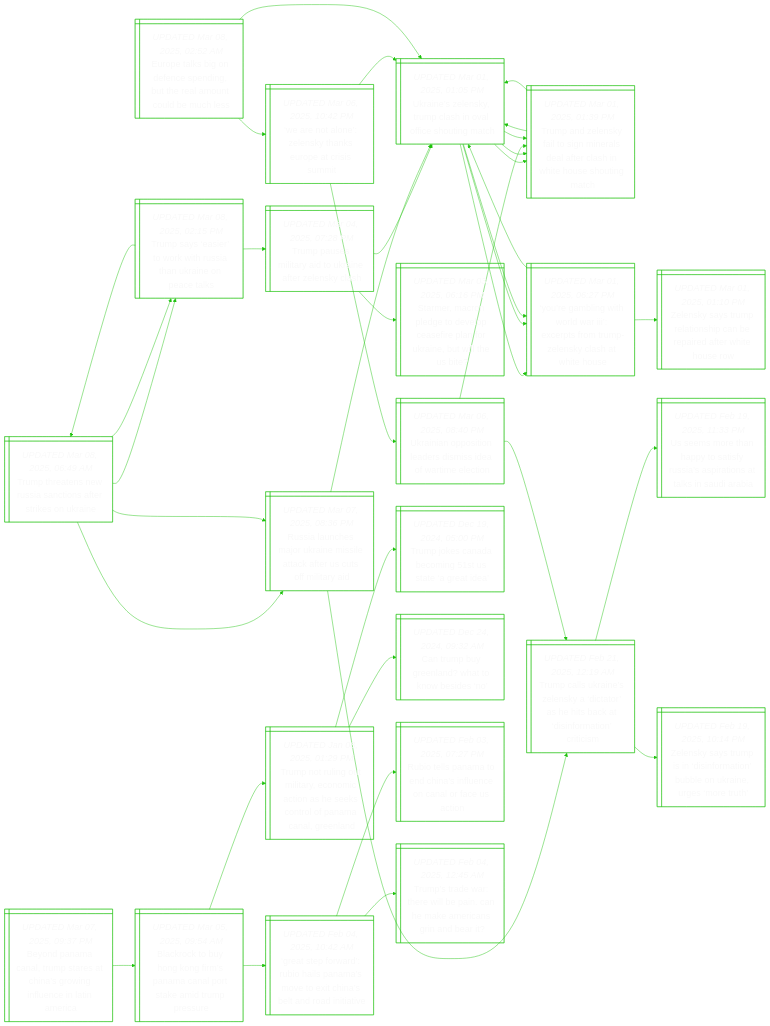
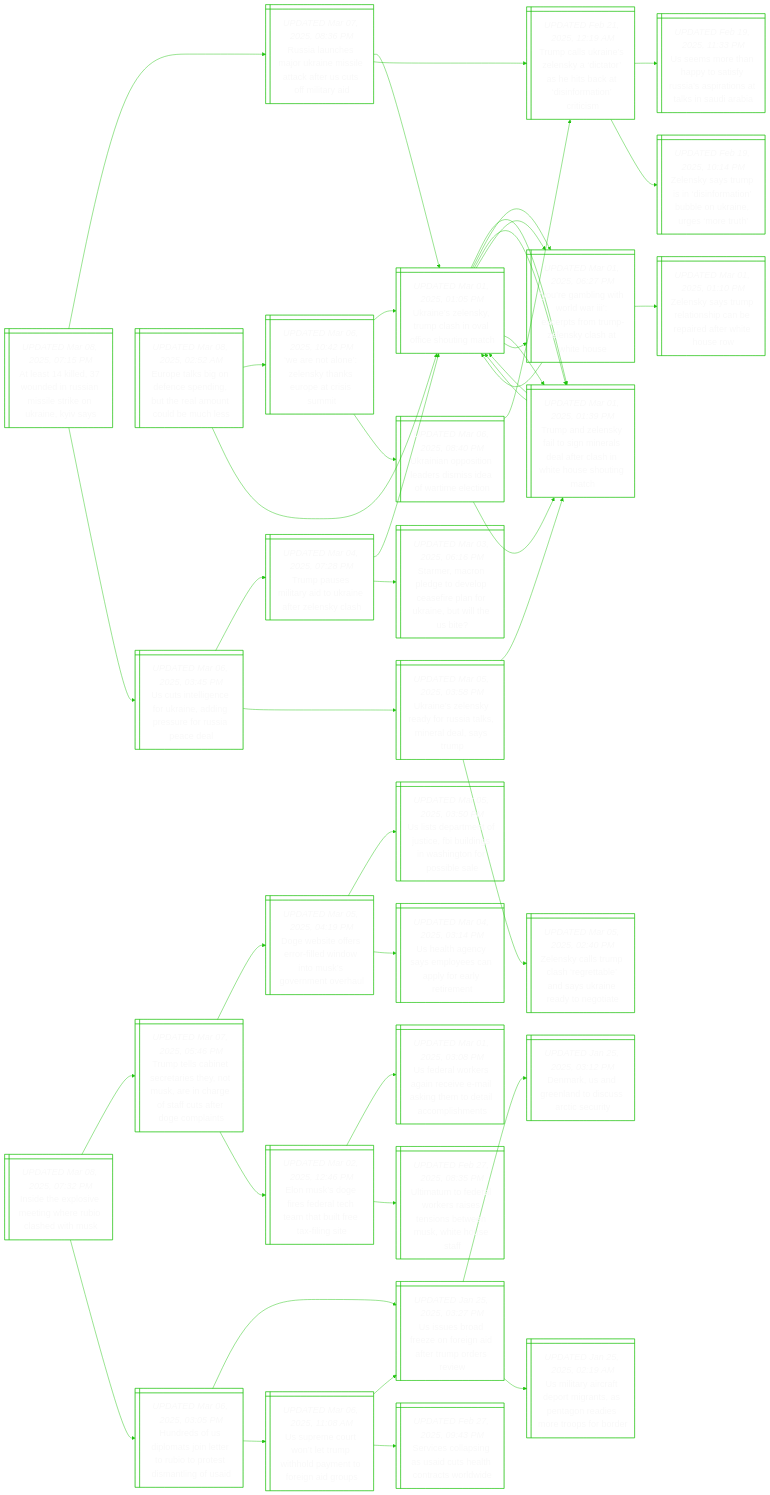
The diagram in README.md (notJmes/notJmes), drawn with Mermaid before and after one commit. The commit also changed other lines of this file, not shown here.

````diff
--- a/README.md
+++ b/README.md
@@ -16,22 +16,8 @@
 flowchart LR
 classDef txtsize font-size:20px;
 
-Tttesnneini@{ shape: win-pane, label: "_UPDATED Mar 08, 2025, 06:49 AM_
-Trump threatens new russia sanctions after strikes on ukraine" }
-TsatkRaUnea@{ shape: win-pane, label: "_UPDATED Mar 08, 2025, 02:15 PM_
-Trump says ‘easier’ to work with russia than ukraine on peace talks" }
-Tpstikernl@{ shape: win-pane, label: "_UPDATED Mar 04, 2025, 07:28 PM_
-Trump pauses military aid to ukraine after zelensky clash" }
-Unlyphaiogh@{ shape: win-pane, label: "_UPDATED Mar 01, 2025, 01:05 PM_
-Ukraine’s zelensky, trump clash in oval office shouting match" }
-Sereolarnkeiet@{ shape: win-pane, label: "_UPDATED Mar 03, 2025, 06:16 PM_
-Starmer, macron pledge to develop ceasefire plan for ukraine, but will the us bite?" }
-Tttesnneini@{ shape: win-pane, label: "_UPDATED Mar 08, 2025, 06:49 AM_
-Trump threatens new russia sanctions after strikes on ukraine" }
-TsatkRaUnea@{ shape: win-pane, label: "_UPDATED Mar 08, 2025, 02:15 PM_
-Trump says ‘easier’ to work with russia than ukraine on peace talks" }
-RacakeitfSoly@{ shape: win-pane, label: "_UPDATED Mar 07, 2025, 08:36 PM_
-Russia launches major ukraine missile attack after us cuts off military aid" }
+Asluisiekkes@{ shape: win-pane, label: "_UPDATED Mar 08, 2025, 07:15 PM_
+At least 14 killed, 37 wounded in russian missile strike on ukraine, kyiv says" }
 RacakeitfSoly@{ shape: win-pane, label: "_UPDATED Mar 07, 2025, 08:36 PM_
 Russia launches major ukraine missile attack after us cuts off military aid" }
 Unlyphaiogh@{ shape: win-pane, label: "_UPDATED Mar 01, 2025, 01:05 PM_
@@ -46,21 +32,35 @@
 Us seems more than happy to satisfy russia’s aspirations at talks in saudi arabia" }
 Zsymnnaberumr@{ shape: win-pane, label: "_UPDATED Feb 19, 2025, 10:14 PM_
 Zelensky says trump is in ‘disinformation’ bubble on ukraine, urges ‘more truth’" }
+UslnridrrRae@{ shape: win-pane, label: "_UPDATED Mar 06, 2025, 03:45 PM_
+Us cuts intelligence for ukraine, adding pressure for russia peace deal" }
+Tpstikernl@{ shape: win-pane, label: "_UPDATED Mar 04, 2025, 07:28 PM_
+Trump pauses military aid to ukraine after zelensky clash" }
+Unlyphaiogh@{ shape: win-pane, label: "_UPDATED Mar 01, 2025, 01:05 PM_
+Ukraine’s zelensky, trump clash in oval office shouting match" }
+Sereolarnkeiet@{ shape: win-pane, label: "_UPDATED Mar 03, 2025, 06:16 PM_
+Starmer, macron pledge to develop ceasefire plan for ukraine, but will the us bite?" }
+UnlyyutmalT@{ shape: win-pane, label: "_UPDATED Mar 05, 2025, 03:58 PM_
+Ukraine’s zelensky ready for russia talks, mineral deal, says trump" }
+TalytnretaWHsit@{ shape: win-pane, label: "_UPDATED Mar 01, 2025, 01:39 PM_
+Trump and zelensky fail to sign minerals deal after clash in white house shouting match" }
+Zsluagansiani@{ shape: win-pane, label: "_UPDATED Mar 05, 2025, 02:40 PM_
+Zelensky calls trump clash ‘regrettable’ and says ukraine ready to negotiate" }
 
-Tttesnneini:::txtsize --> TsatkRaUnea:::txtsize
-TsatkRaUnea:::txtsize --> Tpstikernl:::txtsize
-Tpstikernl:::txtsize --> Unlyphaiogh:::txtsize
-Tpstikernl:::txtsize --> Sereolarnkeiet:::txtsize
-TsatkRaUnea:::txtsize --> Tttesnneini:::txtsize
-Tttesnneini:::txtsize --> TsatkRaUnea:::txtsize
-Tttesnneini:::txtsize --> RacakeitfSoly:::txtsize
-Tttesnneini:::txtsize --> RacakeitfSoly:::txtsize
+Asluisiekkes:::txtsize --> RacakeitfSoly:::txtsize
 RacakeitfSoly:::txtsize --> Unlyphaiogh:::txtsize
 Unlyphaiogh:::txtsize --> TalytnretaWHsit:::txtsize
 Unlyphaiogh:::txtsize --> YgitlIcsTZsaWH:::txtsize
 RacakeitfSoly:::txtsize --> TcUnlytaicioiis:::txtsize
 TcUnlytaicioiis:::txtsize --> Umehtiusrnanii:::txtsize
 TcUnlytaicioiis:::txtsize --> Zsymnnaberumr:::txtsize
+Asluisiekkes:::txtsize --> UslnridrrRae:::txtsize
+UslnridrrRae:::txtsize --> Tpstikernl:::txtsize
+Tpstikernl:::txtsize --> Unlyphaiogh:::txtsize
+Tpstikernl:::txtsize --> Sereolarnkeiet:::txtsize
+UslnridrrRae:::txtsize --> UnlyyutmalT:::txtsize
+UnlyyutmalT:::txtsize --> TalytnretaWHsit:::txtsize
+UnlyyutmalT:::txtsize --> Zsluagansiani:::txtsize
 
 Eesnneghlnlus@{ shape: win-pane, label: "_UPDATED Mar 08, 2025, 02:52 AM_
 Europe talks big on defence spending, but the real amount could be much less" }
@@ -108,29 +108,50 @@
 YgitlIcsTZsaWH:::txtsize --> Unlyphaiogh:::txtsize
 YgitlIcsTZsaWH:::txtsize --> Zsymasaeeets:::txtsize
 
-BdmamrCsifcama@{ shape: win-pane, label: "_UPDATED Mar 07, 2025, 09:37 PM_
-Beyond panama canal, trump stares at china’s growing influence in latin america" }
-BRoonmanrkdps@{ shape: win-pane, label: "_UPDATED Mar 05, 2025, 09:54 AM_
-Blackrock to buy hong kong firm’s panama canal port stake amid trump pressure" }
-Tnluiemtsenoanen@{ shape: win-pane, label: "_UPDATED Jan 08, 2025, 01:29 PM_
-Trump not ruling out military, economic action as he seeks control of panama canal, greenland" }
-TjCamtard@{ shape: win-pane, label: "_UPDATED Dec 19, 2024, 05:00 PM_
-Trump jokes canada becoming 51st us state ‘a great idea’" }
-CuynWobe@{ shape: win-pane, label: "_UPDATED Dec 24, 2024, 09:32 AM_
-Can trump buy greenland? what to know besides ‘no’" }
-GsodosmvxiedIa@{ shape: win-pane, label: "_UPDATED Feb 04, 2025, 10:42 AM_
-‘great step forward’: rubio hails panama’s move to exit china’s belt and road initiative" }
-RtPadalenfSo@{ shape: win-pane, label: "_UPDATED Feb 03, 2025, 07:27 PM_
-Rubio tells panama to end china’s influence on canal or face us action" }
-Tsehipaaenne@{ shape: win-pane, label: "_UPDATED Feb 04, 2025, 12:45 AM_
-Trump’s trade war: there will be pain. can he make americans grin and bear it?" }
+IexiewRceh@{ shape: win-pane, label: "_UPDATED Mar 08, 2025, 07:32 PM_
+Inside the explosive meeting where rubio clashed with musk" }
+TtCerieMrhofsrca@{ shape: win-pane, label: "_UPDATED Mar 07, 2025, 05:46 PM_
+Trump tells cabinet secretaries they, not musk, are in charge of staff cuts after doge complaints" }
+Deerolnnsveel@{ shape: win-pane, label: "_UPDATED Mar 05, 2025, 04:19 PM_
+Doge website offers error-filled window into musk’s government overhaul" }
+UtanueunWnfse@{ shape: win-pane, label: "_UPDATED Mar 05, 2025, 03:50 PM_
+Us lists department of justice, fbi buildings in washington for possible sale" }
+Uleapeafrte@{ shape: win-pane, label: "_UPDATED Mar 04, 2025, 03:14 PM_
+Us health agency says employees can apply for early retirement" }
+Euordtealeis@{ shape: win-pane, label: "_UPDATED Mar 02, 2025, 12:46 PM_
+Elon musk’s doge fires federal tech team that built free tax-filing site" }
+Ueosniakhdlmhs@{ shape: win-pane, label: "_UPDATED Mar 01, 2025, 03:08 PM_
+Us federal workers again receive e-mail asking them to detail accomplishments" }
+UaorrrsienWHs@{ shape: win-pane, label: "_UPDATED Feb 27, 2025, 08:35 PM_
+Ultimatum to federal workers raises tensions between musk, white house staff" }
+HeUlslrbpsmiU@{ shape: win-pane, label: "_UPDATED Mar 06, 2025, 03:05 PM_
+Hundreds of us diplomats join letter to rubio to protest dismantling of usaid" }
+Uuoenidrpri@{ shape: win-pane, label: "_UPDATED Jan 25, 2025, 03:27 PM_
+Us issues broad freeze on foreign aid after trump orders review" }
+DrnedsAcr@{ shape: win-pane, label: "_UPDATED Jan 25, 2025, 03:12 PM_
+Denmark, us and greenland to discuss arctic security" }
+Uiaapiteodoood@{ shape: win-pane, label: "_UPDATED Jan 25, 2025, 02:19 AM_
+Us military aircraft deport migrants, as pentagon readies more troops for border" }
+Urootphatrao@{ shape: win-pane, label: "_UPDATED Mar 06, 2025, 11:08 AM_
+Us supreme court won’t let trump withhold payment to foreign aid groups" }
+Uuoenidrpri@{ shape: win-pane, label: "_UPDATED Jan 25, 2025, 03:27 PM_
+Us issues broad freeze on foreign aid after trump orders review" }
+ScliUcecaoi@{ shape: win-pane, label: "_UPDATED Feb 27, 2025, 09:43 PM_
+Services collapsing as usaid cuts health contracts worldwide" }
 
-BdmamrCsifcama:::txtsize --> BRoonmanrkdps:::txtsize
-BRoonmanrkdps:::txtsize --> Tnluiemtsenoanen:::txtsize
-Tnluiemtsenoanen:::txtsize --> TjCamtard:::txtsize
-Tnluiemtsenoanen:::txtsize --> CuynWobe:::txtsize
-BRoonmanrkdps:::txtsize --> GsodosmvxiedIa:::txtsize
-GsodosmvxiedIa:::txtsize --> RtPadalenfSo:::txtsize
-GsodosmvxiedIa:::txtsize --> Tsehipaaenne:::txtsize
+IexiewRceh:::txtsize --> TtCerieMrhofsrca:::txtsize
+TtCerieMrhofsrca:::txtsize --> Deerolnnsveel:::txtsize
+Deerolnnsveel:::txtsize --> UtanueunWnfse:::txtsize
+Deerolnnsveel:::txtsize --> Uleapeafrte:::txtsize
+TtCerieMrhofsrca:::txtsize --> Euordtealeis:::txtsize
+Euordtealeis:::txtsize --> Ueosniakhdlmhs:::txtsize
+Euordtealeis:::txtsize --> UaorrrsienWHs:::txtsize
+IexiewRceh:::txtsize --> HeUlslrbpsmiU:::txtsize
+HeUlslrbpsmiU:::txtsize --> Uuoenidrpri:::txtsize
+Uuoenidrpri:::txtsize --> DrnedsAcr:::txtsize
+Uuoenidrpri:::txtsize --> Uiaapiteodoood:::txtsize
+HeUlslrbpsmiU:::txtsize --> Urootphatrao:::txtsize
+Urootphatrao:::txtsize --> Uuoenidrpri:::txtsize
+Urootphatrao:::txtsize --> ScliUcecaoi:::txtsize
 
 ```
````
